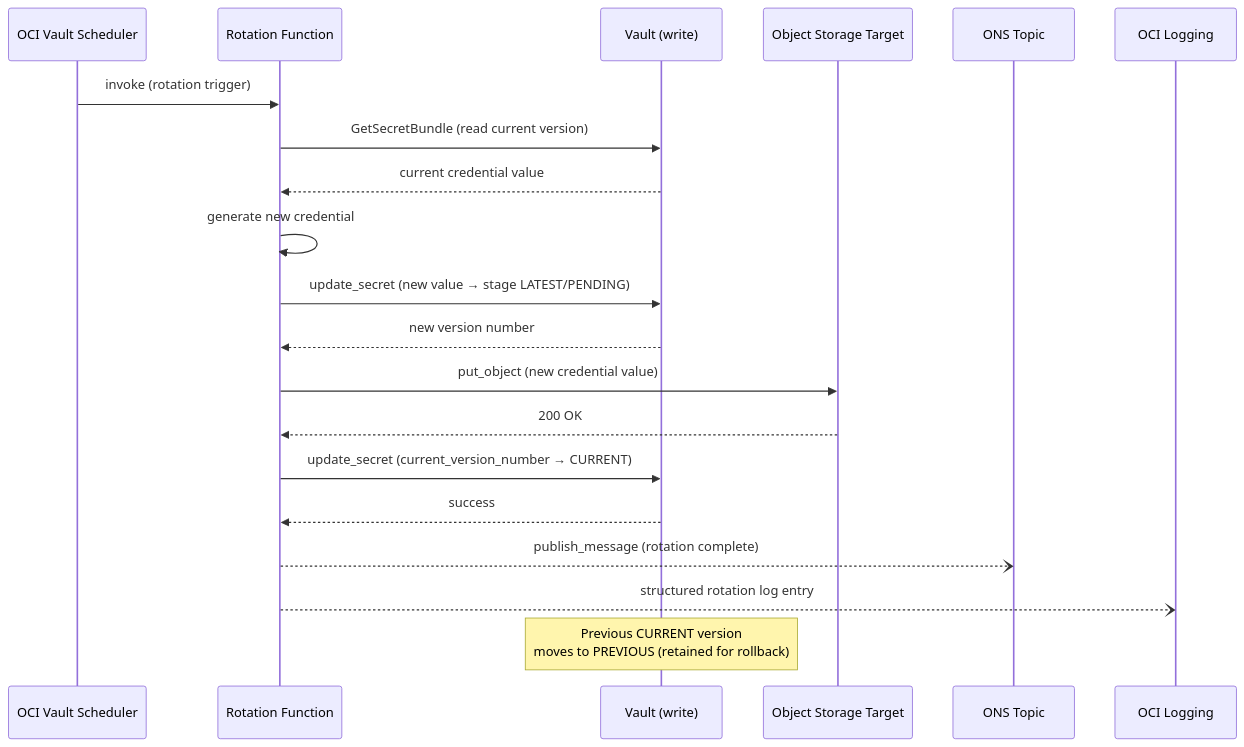
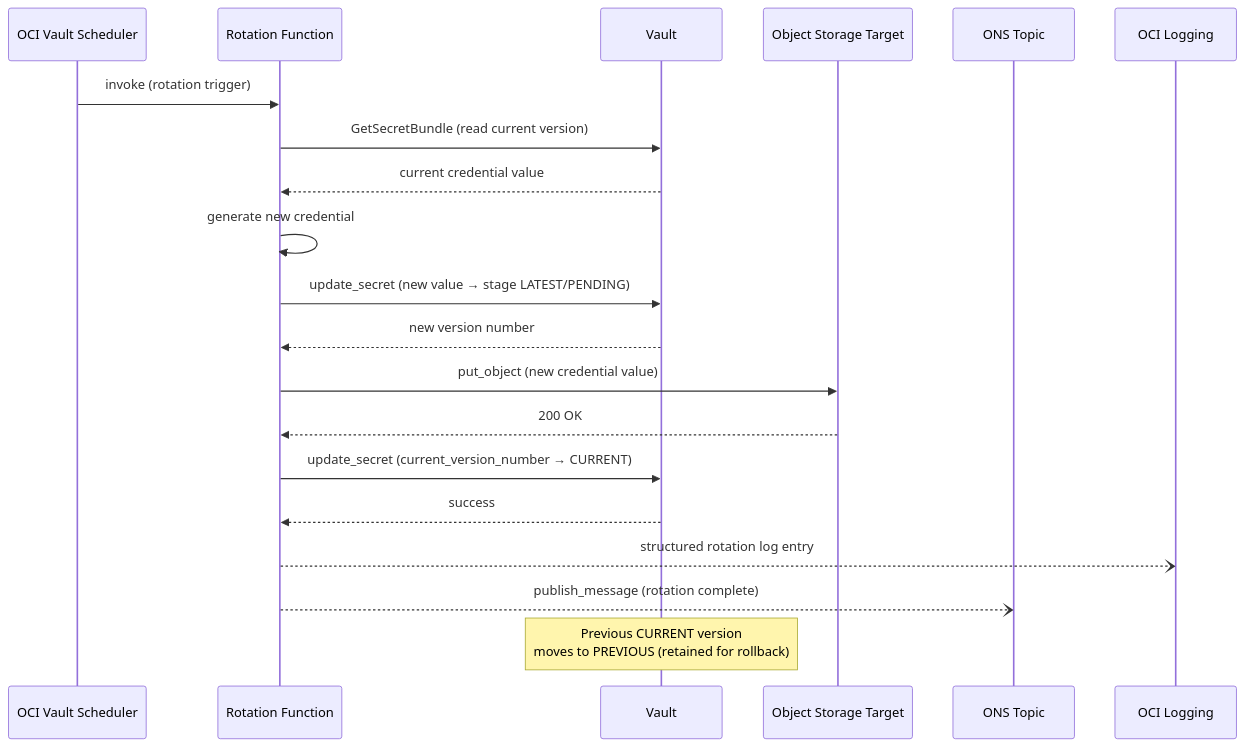
Before and after one commit to perspectivism/oci-secret-rotation: the second of 2 diagrams in docs/design.md, drawn with Mermaid. The commit also changed other lines of this file and 8 other files, not shown here.

Commit message:
docs: align diagrams, IAM rationale, and prose

````diff
--- a/docs/design.md
+++ b/docs/design.md
@@ -104,23 +104,23 @@
 ```mermaid
 sequenceDiagram
     participant VS as OCI Vault Scheduler
     participant FN as Rotation Function
-    participant VW as Vault (write)
+    participant VW as Vault
     participant OS as Object Storage Target
     participant ONS as ONS Topic
     participant LG as OCI Logging
 
     VS->>FN: invoke (rotation trigger)
     FN->>VW: GetSecretBundle (read current version)
     VW-->>FN: current credential value
     FN->>FN: generate new credential
     FN->>VW: update_secret (new value → stage LATEST/PENDING)
     VW-->>FN: new version number
     FN->>OS: put_object (new credential value)
     OS-->>FN: 200 OK
     FN->>VW: update_secret (current_version_number → CURRENT)
     VW-->>FN: success
+    FN--)LG: structured rotation log entry
     FN--)ONS: publish_message (rotation complete)
-    FN--)LG: structured rotation log entry
     Note over VW: Previous CURRENT version<br/>moves to PREVIOUS (retained for rollback)
 ```
````
